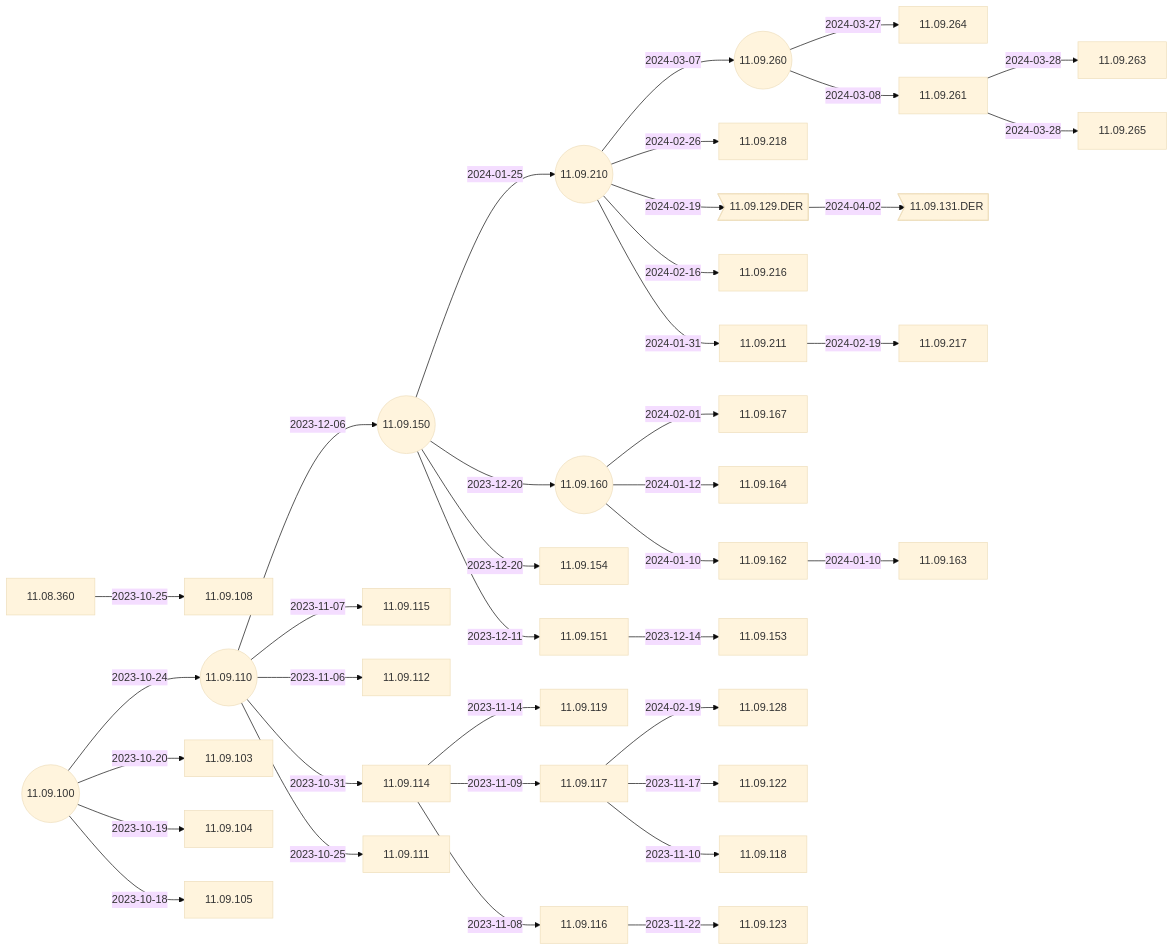
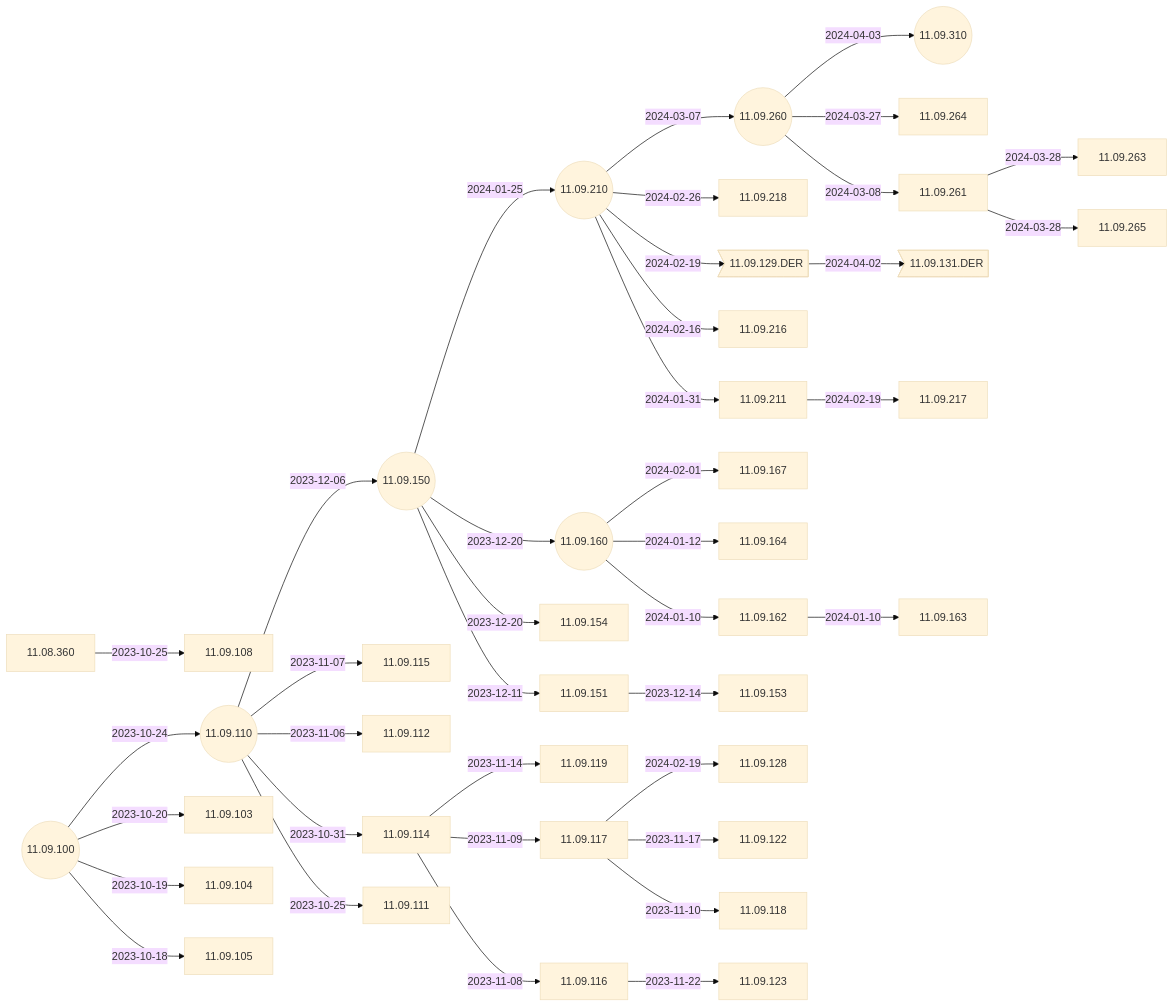
Before and after one commit to IGEL-Community/IGEL-Docs-v02: the second of 5 diagrams in docs/Docs/ReleaseNotes/01-OS11/README.md, drawn with Mermaid (base theme). The commit also changed 6 other files, not shown here.

````diff
--- a/docs/Docs/ReleaseNotes/01-OS11/README.md
+++ b/docs/Docs/ReleaseNotes/01-OS11/README.md
@@ -41,79 +41,81 @@
 ```mermaid
 flowchart LR
+    11.09.260-- 2024-04-03 -->11.09.310((11.09.310))
     11.09.129.DER-- 2024-04-02 -->11.09.131.DER>11.09.131.DER]
     11.09.261-- 2024-03-28 -->11.09.263
     11.09.261-- 2024-03-28 -->11.09.265
     11.09.260-- 2024-03-27 -->11.09.264
     11.09.260-- 2024-03-08 -->11.09.261
     11.09.210-- 2024-03-07 -->11.09.260((11.09.260))
     11.09.210-- 2024-02-26 -->11.09.218
     11.09.210-- 2024-02-19 -->11.09.129.DER>11.09.129.DER]
     11.09.211-- 2024-02-19 -->11.09.217
     11.09.117-- 2024-02-19 -->11.09.128
     11.09.210-- 2024-02-16 -->11.09.216
     11.09.160-- 2024-02-01 -->11.09.167
     11.09.210-- 2024-01-31 -->11.09.211
     11.09.150-- 2024-01-25 -->11.09.210((11.09.210))
     11.09.162-- 2024-01-10 -->11.09.163
     11.09.160-- 2024-01-12 -->11.09.164
     11.09.160-- 2024-01-10 -->11.09.162
     11.09.150-- 2023-12-20 -->11.09.160((11.09.160))
     11.09.150-- 2023-12-20 -->11.09.154
     11.09.151-- 2023-12-14 -->11.09.153
     11.09.150-- 2023-12-11 -->11.09.151
     11.09.110-- 2023-12-06 -->11.09.150((11.09.150))
     11.09.116-- 2023-11-22 -->11.09.123
     11.09.117-- 2023-11-17 -->11.09.122
     11.09.114-- 2023-11-14 -->11.09.119
     11.09.117-- 2023-11-10 -->11.09.118
     11.09.114-- 2023-11-09 -->11.09.117
     11.09.114-- 2023-11-08 -->11.09.116
     11.09.110-- 2023-11-07 -->11.09.115
     11.09.110-- 2023-11-06 -->11.09.112
     11.09.110-- 2023-10-31 -->11.09.114
     11.08.360-- 2023-10-25 -->11.09.108
     11.09.110-- 2023-10-25 -->11.09.111
     11.09.100-- 2023-10-24 -->11.09.110((11.09.110))
     11.09.100-- 2023-10-20 -->11.09.103
     11.09.100-- 2023-10-19 -->11.09.104
     11.09.100-- 2023-10-18 -->11.09.105
     11.09.100((11.09.100))
+    click 11.09.310 "https://github.com/IGEL-Community/IGEL-Docs-v02/tree/main/docs/Docs/ReleaseNotes/01-OS11/readme11.09.310.txt" _blank
     click 11.09.131.DER "https://github.com/IGEL-Community/IGEL-Docs-v02/tree/main/docs/Docs/ReleaseNotes/01-OS11/readme11.09.131.DER.txt" _blank
     click 11.09.263 "https://github.com/IGEL-Community/IGEL-Docs-v02/tree/main/docs/Docs/ReleaseNotes/01-OS11/readme11.09.263.txt" _blank
     click 11.09.265 "https://github.com/IGEL-Community/IGEL-Docs-v02/tree/main/docs/Docs/ReleaseNotes/01-OS11/readme11.09.265.txt" _blank
     click 11.09.264 "https://github.com/IGEL-Community/IGEL-Docs-v02/tree/main/docs/Docs/ReleaseNotes/01-OS11/readme11.09.264.txt" _blank
     click 11.09.261 "https://github.com/IGEL-Community/IGEL-Docs-v02/tree/main/docs/Docs/ReleaseNotes/01-OS11/readme11.09.261.txt" _blank
     click 11.09.260 "https://github.com/IGEL-Community/IGEL-Docs-v02/tree/main/docs/Docs/ReleaseNotes/01-OS11/readme11.09.260.txt" _blank
     click 11.09.218 "https://github.com/IGEL-Community/IGEL-Docs-v02/tree/main/docs/Docs/ReleaseNotes/01-OS11/readme11.09.218.txt" _blank
     click 11.09.129.DER "https://github.com/IGEL-Community/IGEL-Docs-v02/tree/main/docs/Docs/ReleaseNotes/01-OS11/readme11.09.129.DER.txt" _blank
     click 11.09.217 "https://github.com/IGEL-Community/IGEL-Docs-v02/tree/main/docs/Docs/ReleaseNotes/01-OS11/readme11.09.217.txt" _blank
     click 11.09.128 "https://github.com/IGEL-Community/IGEL-Docs-v02/tree/main/docs/Docs/ReleaseNotes/01-OS11/readme11.09.128.txt" _blank
     click 11.09.216 "https://github.com/IGEL-Community/IGEL-Docs-v02/tree/main/docs/Docs/ReleaseNotes/01-OS11/readme11.09.216.txt" _blank
     click 11.09.167 "https://github.com/IGEL-Community/IGEL-Docs-v02/tree/main/docs/Docs/ReleaseNotes/01-OS11/readme11.09.167.txt" _blank
     click 11.09.211 "https://github.com/IGEL-Community/IGEL-Docs-v02/tree/main/docs/Docs/ReleaseNotes/01-OS11/readme11.09.211.txt" _blank
     click 11.09.210 "https://github.com/IGEL-Community/IGEL-Docs-v02/tree/main/docs/Docs/ReleaseNotes/01-OS11/readme11.09.210.txt" _blank
     click 11.09.163 "https://github.com/IGEL-Community/IGEL-Docs-v02/tree/main/docs/Docs/ReleaseNotes/01-OS11/readme11.09.163.txt" _blank
     click 11.09.164 "https://github.com/IGEL-Community/IGEL-Docs-v02/tree/main/docs/Docs/ReleaseNotes/01-OS11/readme11.09.164.txt" _blank
     click 11.09.162 "https://github.com/IGEL-Community/IGEL-Docs-v02/tree/main/docs/Docs/ReleaseNotes/01-OS11/readme11.09.162.txt" _blank
     click 11.09.160 "https://github.com/IGEL-Community/IGEL-Docs-v02/tree/main/docs/Docs/ReleaseNotes/01-OS11/readme11.09.160.txt" _blank
     click 11.09.154 "https://github.com/IGEL-Community/IGEL-Docs-v02/tree/main/docs/Docs/ReleaseNotes/01-OS11/readme11.09.154.txt" _blank
     click 11.09.153 "https://github.com/IGEL-Community/IGEL-Docs-v02/tree/main/docs/Docs/ReleaseNotes/01-OS11/readme11.09.153.txt" _blank
     click 11.09.151 "https://github.com/IGEL-Community/IGEL-Docs-v02/tree/main/docs/Docs/ReleaseNotes/01-OS11/readme11.09.151.txt" _blank
     click 11.09.150 "https://github.com/IGEL-Community/IGEL-Docs-v02/tree/main/docs/Docs/ReleaseNotes/01-OS11/readme11.09.150.txt" _blank
     click 11.09.123 "https://github.com/IGEL-Community/IGEL-Docs-v02/tree/main/docs/Docs/ReleaseNotes/01-OS11/readme11.09.123.txt" _blank
     click 11.09.122 "https://github.com/IGEL-Community/IGEL-Docs-v02/tree/main/docs/Docs/ReleaseNotes/01-OS11/readme11.09.122.txt" _blank
     click 11.09.119 "https://github.com/IGEL-Community/IGEL-Docs-v02/tree/main/docs/Docs/ReleaseNotes/01-OS11/readme11.09.119.txt" _blank
     click 11.09.118 "https://github.com/IGEL-Community/IGEL-Docs-v02/tree/main/docs/Docs/ReleaseNotes/01-OS11/readme11.09.118.txt" _blank
     click 11.09.117 "https://github.com/IGEL-Community/IGEL-Docs-v02/tree/main/docs/Docs/ReleaseNotes/01-OS11/readme11.09.117.txt" _blank
     click 11.09.116 "https://github.com/IGEL-Community/IGEL-Docs-v02/tree/main/docs/Docs/ReleaseNotes/01-OS11/readme11.09.116.txt" _blank
     click 11.09.115 "https://github.com/IGEL-Community/IGEL-Docs-v02/tree/main/docs/Docs/ReleaseNotes/01-OS11/readme11.09.115.txt" _blank
     click 11.09.112 "https://github.com/IGEL-Community/IGEL-Docs-v02/tree/main/docs/Docs/ReleaseNotes/01-OS11/readme11.09.112.txt" _blank
     click 11.09.114 "https://github.com/IGEL-Community/IGEL-Docs-v02/tree/main/docs/Docs/ReleaseNotes/01-OS11/readme11.09.114.txt" _blank
     click 11.09.108 "https://github.com/IGEL-Community/IGEL-Docs-v02/tree/main/docs/Docs/ReleaseNotes/01-OS11/readme11.09.108.txt" _blank
     click 11.09.111 "https://github.com/IGEL-Community/IGEL-Docs-v02/tree/main/docs/Docs/ReleaseNotes/01-OS11/readme11.09.111.txt" _blank
     click 11.09.110 "https://github.com/IGEL-Community/IGEL-Docs-v02/tree/main/docs/Docs/ReleaseNotes/01-OS11/readme11.09.110.txt" _blank
     click 11.09.103 "https://github.com/IGEL-Community/IGEL-Docs-v02/tree/main/docs/Docs/ReleaseNotes/01-OS11/readme11.09.103.txt" _blank
     click 11.09.104 "https://github.com/IGEL-Community/IGEL-Docs-v02/tree/main/docs/Docs/ReleaseNotes/01-OS11/readme11.09.104.txt" _blank
     click 11.09.105 "https://github.com/IGEL-Community/IGEL-Docs-v02/tree/main/docs/Docs/ReleaseNotes/01-OS11/readme11.09.105.txt" _blank
     click 11.09.100 "https://github.com/IGEL-Community/IGEL-Docs-v02/tree/main/docs/Docs/ReleaseNotes/01-OS11/readme11.09.100.txt" _blank
 ```
````
